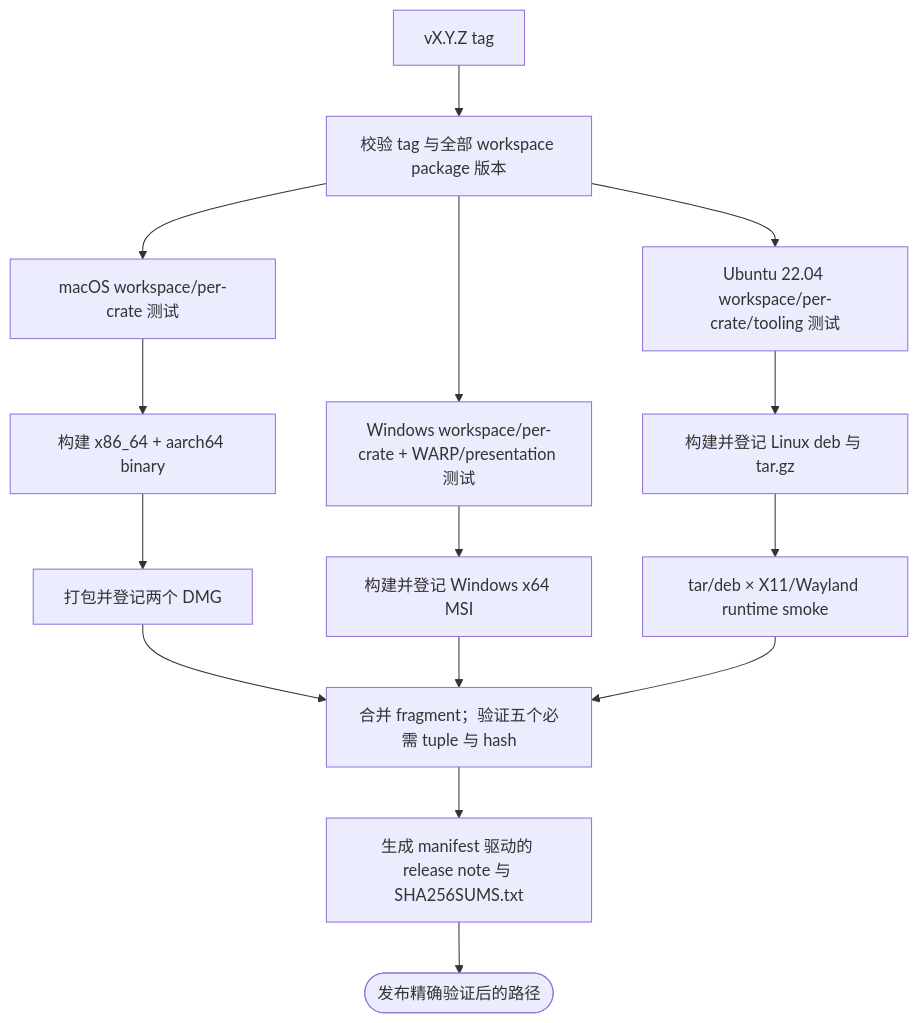
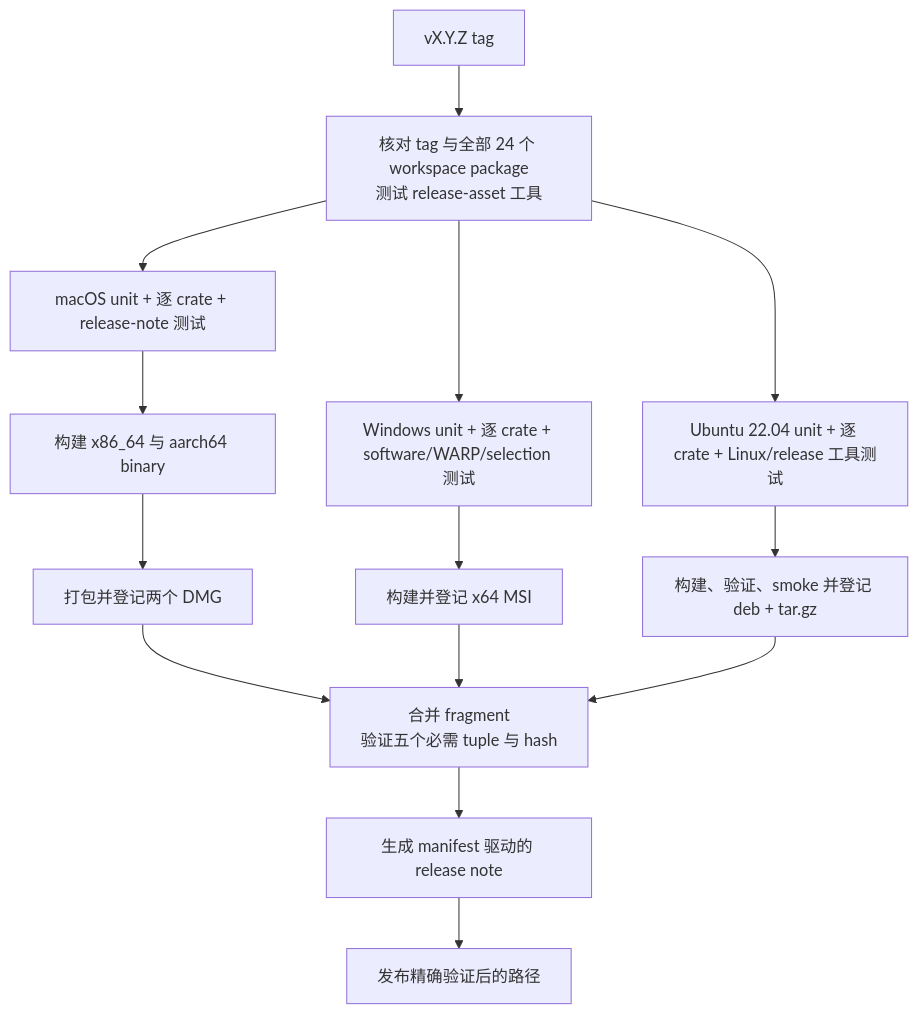
The second of 2 diagrams in wiki/Development-and-Release.md (D0n9X1n/SonicTerm), drawn with Mermaid before and after one commit. The commit also changed other lines of this file and 33 other files, not shown here.

````diff
--- a/wiki/Development-and-Release.md
+++ b/wiki/Development-and-Release.md
@@ -628,28 +424,27 @@
 ```mermaid
 flowchart TD
     tag["vX.Y.Z tag"]
-    validate["校验 tag 与全部 workspace package 版本"]
-    mactest["macOS workspace/per-crate 测试"]
-    wintest["Windows workspace/per-crate + WARP/presentation 测试"]
-    linuxtest["Ubuntu 22.04 workspace/per-crate/tooling 测试"]
-    macbuild["构建 x86_64 + aarch64 binary"]
+    validate["核对 tag 与全部 24 个 workspace package<br/>测试 release-asset 工具"]
+    mtest["macOS unit + 逐 crate + release-note 测试"]
+    wtest["Windows unit + 逐 crate + software/WARP/selection 测试"]
+    ltest["Ubuntu 22.04 unit + 逐 crate + Linux/release 工具测试"]
+    macbuild["构建 x86_64 与 aarch64 binary"]
     dmg["打包并登记两个 DMG"]
-    msi["构建并登记 Windows x64 MSI"]
-    linuxpkg["构建并登记 Linux deb 与 tar.gz"]
-    linuxsmoke["tar/deb × X11/Wayland runtime smoke"]
-    manifest["合并 fragment；验证五个必需 tuple 与 hash"]
-    notes["生成 manifest 驱动的 release note 与 SHA256SUMS.txt"]
-    publish(["发布精确验证后的路径"])
+    msi["构建并登记 x64 MSI"]
+    linux["构建、验证、smoke 并登记 deb + tar.gz"]
+    manifest["合并 fragment<br/>验证五个必需 tuple 与 hash"]
+    notes["生成 manifest 驱动的 release note"]
+    publish["发布精确验证后的路径"]
 
     tag --> validate
-    validate --> mactest
-    validate --> wintest
-    validate --> linuxtest
-    mactest --> macbuild --> dmg
-    wintest --> msi
-    linuxtest --> linuxpkg --> linuxsmoke
+    validate --> mtest
+    validate --> wtest
+    validate --> ltest
+    mtest --> macbuild --> dmg
+    wtest --> msi
+    ltest --> linux
     dmg --> manifest
     msi --> manifest
-    linuxsmoke --> manifest
+    linux --> manifest
     manifest --> notes --> publish
 ```
````
